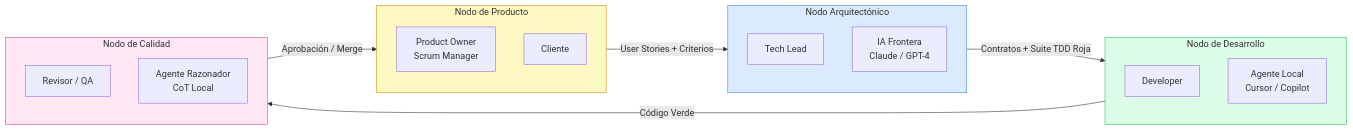
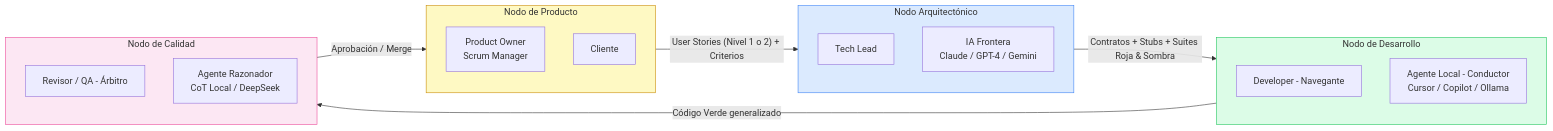
One commit to brunoguzman-dev/H-AXP changed the third of 4 diagrams in README.md. Above: the diagram before and after it, drawn with Mermaid. The commit also changed other lines of this file and 20 other files, not shown here.

````diff
--- a/README.md
+++ b/README.md
@@ -77,32 +82,32 @@
 ```mermaid
 graph LR
     subgraph PRODUCTO["Nodo de Producto"]
         PO[Product Owner<br/>Scrum Manager]
         CLI[Cliente]
     end
 
     subgraph ARQUITECTURA["Nodo Arquitectónico"]
         TL[Tech Lead]
-        IA_NUBE[IA Frontera<br/>Claude / GPT-4]
+        IA_NUBE[IA Frontera<br/>Claude / GPT-4 / Gemini]
     end
 
     subgraph DESARROLLO["Nodo de Desarrollo"]
-        DEV[Developer]
-        IA_LOCAL[Agente Local<br/>Cursor / Copilot]
+        DEV[Developer - Navegante]
+        IA_LOCAL[Agente Local - Conductor<br/>Cursor / Copilot / Ollama]
     end
 
     subgraph CALIDAD["Nodo de Calidad"]
-        QA[Revisor / QA]
-        IA_RAZON[Agente Razonador<br/>CoT Local]
+        QA[Revisor / QA - Árbitro]
+        IA_RAZON[Agente Razonador<br/>CoT Local / DeepSeek]
     end
 
-    PRODUCTO -->|"User Stories + Criterios"| ARQUITECTURA
-    ARQUITECTURA -->|"Contratos + Suite TDD Roja"| DESARROLLO
-    DESARROLLO -->|"Código Verde"| CALIDAD
+    PRODUCTO -->|"User Stories (Nivel 1 o 2) + Criterios"| ARQUITECTURA
+    ARQUITECTURA -->|"Contratos + Stubs + Suites Roja & Sombra"| DESARROLLO
+    DESARROLLO -->|"Código Verde generalizado"| CALIDAD
     CALIDAD -->|"Aprobación / Merge"| PRODUCTO
 
     style PRODUCTO fill:#fef9c3,stroke:#ca8a04
     style ARQUITECTURA fill:#dbeafe,stroke:#3b82f6
     style DESARROLLO fill:#dcfce7,stroke:#22c55e
     style CALIDAD fill:#fce7f3,stroke:#ec4899
 ```
````
